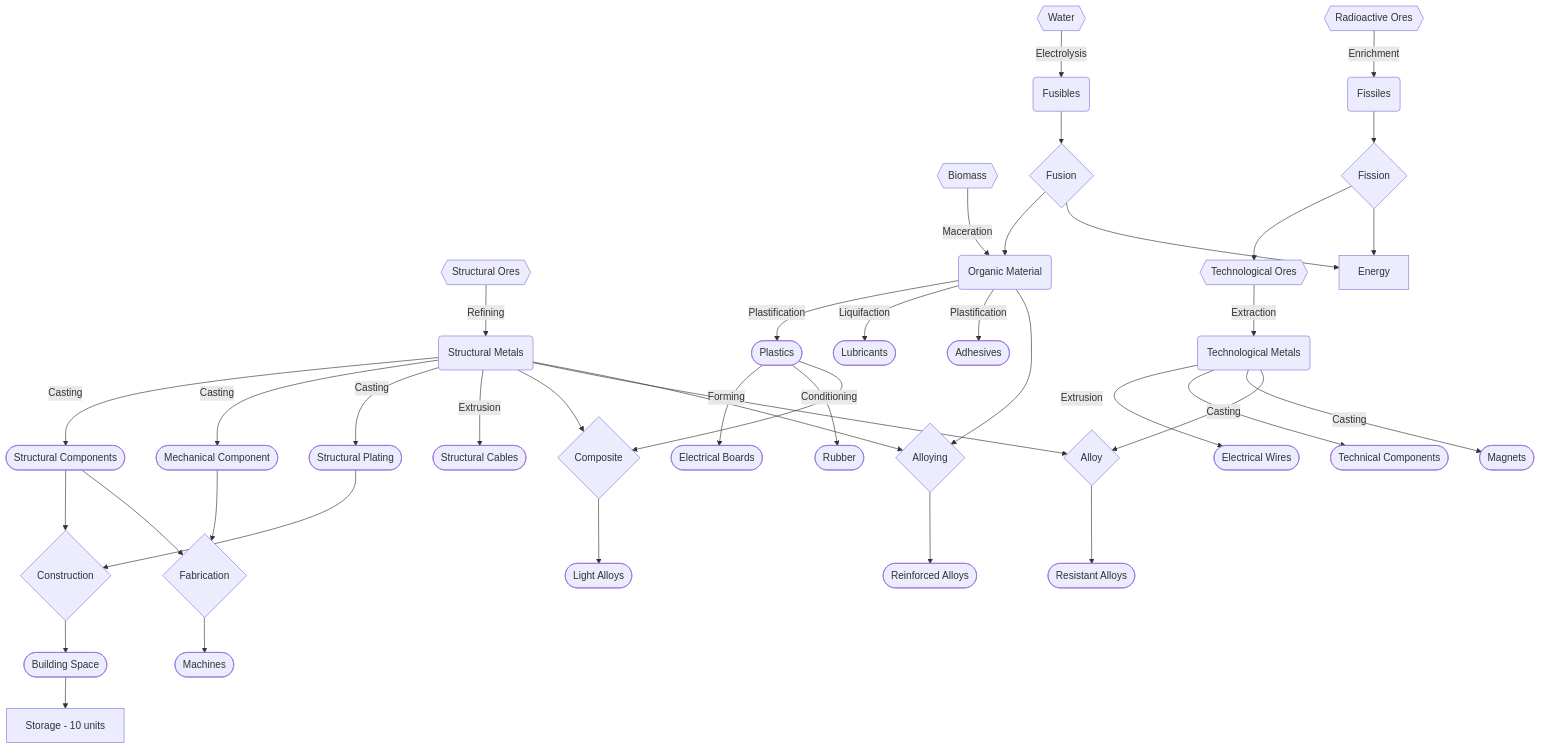
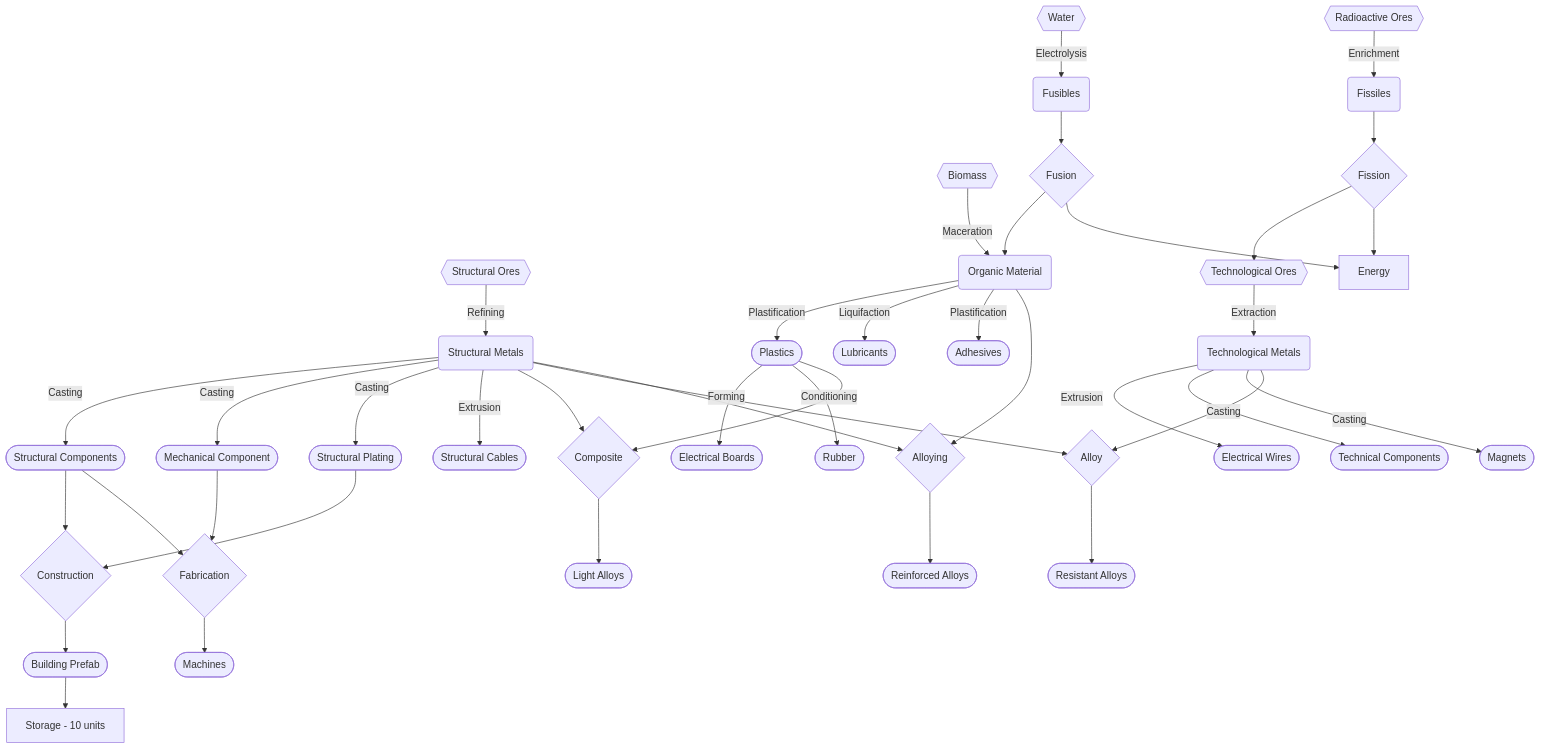
Before and after one commit to JeremyDaug/Von-Neumann-Project: the diagram in src/resources.md, drawn with Mermaid. The commit also changed other lines of this file and 5 other files, not shown here.

````diff
--- a/src/resources.md
+++ b/src/resources.md
@@ -99,71 +149,71 @@
 ```mermaid
 flowchart TD;
 %% Raw materials
 Water{{Water}}
 RadioOre{{Radioactive Ores}}
 Biomass{{Biomass}}
 StructOre{{Structural Ores}}
 TechOre{{Technological Ores}}
 
 %% Refined Material
 Water -- Electrolysis --> Fusibles(Fusibles)
 RadioOre -- Enrichment --> Fissiles(Fissiles)
 
 %% Intermediate Products
 Fusibles --> Fusion{Fusion}
 Fusion --> OrgMat
 Fusion --> Energy
 
 StructOre -- Refining --> StructMet(Structural Metals)
 TechOre -- Extraction --> TechMet(Technological Metals)
 Biomass -- Maceration --> OrgMat(Organic Material)
 
 StructMet -- Casting --> Structure([Structural Components])
 StructMet -- Casting --> MechComp([Mechanical Component])
 StructMet -- Casting --> Plating([Structural Plating])
 StructMet -- Extrusion --> Cabling([Structural Cables])
 
 OrgMat -- Plastification --> Plastic([Plastics])
 OrgMat -- Liquifaction --> Lubricants([Lubricants])
 OrgMat -- Plastification --> Adhesives([Adhesives])
 
 TechMet -- Extrusion --> Wires([Electrical Wires])
 TechMet -- Casting --> TechComponents([Technical Components])
 TechMet -- Casting --> Magnets([Magnets])
 
 Plastic -- Forming --> Boards([Electrical Boards])
 Plastic -- Conditioning --> Rubber([Rubber])
 
 Structure --> Construction{Construction}
 Plating --> Construction
-Construction --> Building([Building Space])
+Construction --> Building([Building Prefab])
 
 MechComp --> Fabrication{Fabrication}
 Structure --> Fabrication
 Fabrication --> Machines([Machines])
 
 %% End Products
 Energy[Energy]
 
 Building --> Storage[Storage - 10 units]
 
 %% Processes
 
 Fissiles --> Fission{Fission}
 
 StructMet --> Composite{Composite}
 Plastic --> Composite
 Composite --> lightalloys([Light Alloys])
 
 StructMet --> ResAlloy{Alloy}
 TechMet --> ResAlloy
 ResAlloy --> ResMet([Resistant Alloys])
 
 StructMet --> StrAlloy{Alloying}
 OrgMat --> StrAlloy
 StrAlloy --> StrMet([Reinforced Alloys])
 
 
 Fission --> TechOre
 Fission --> Energy
 ```
````
